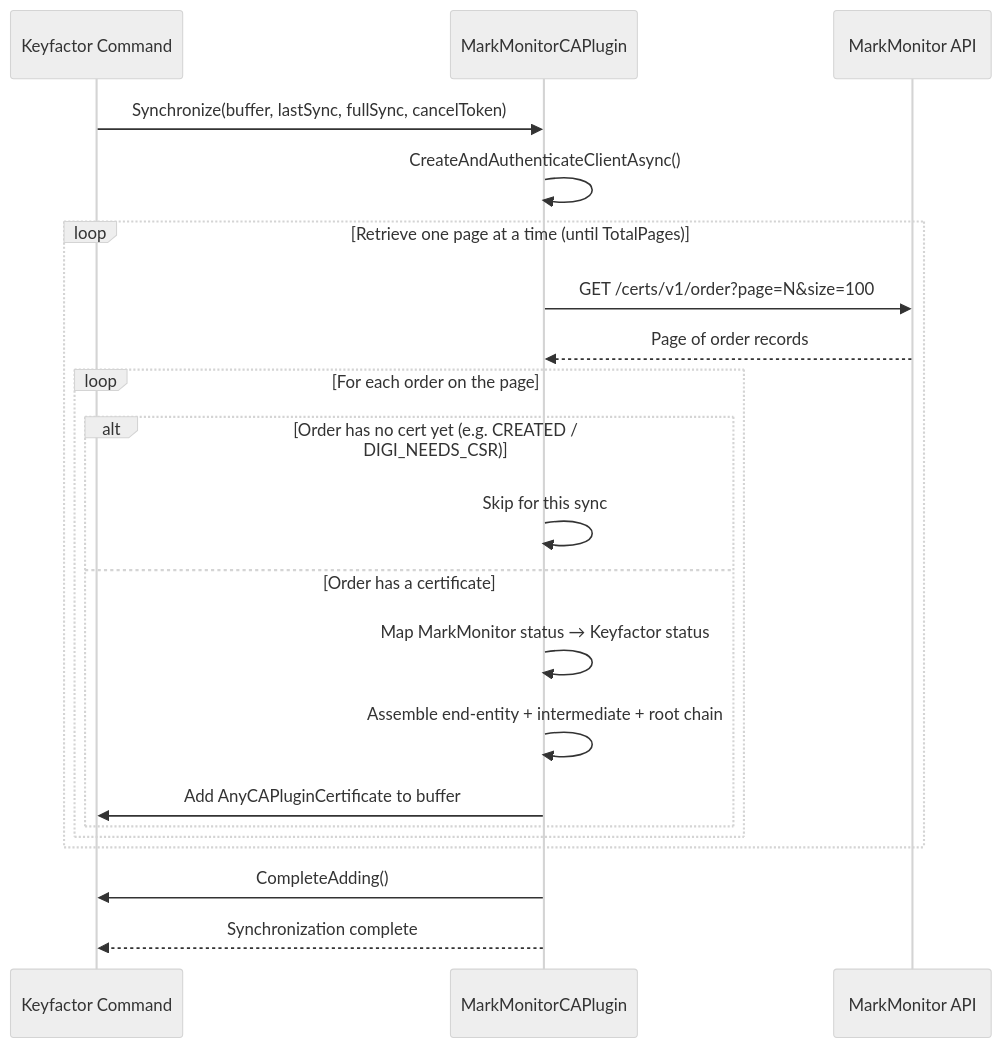
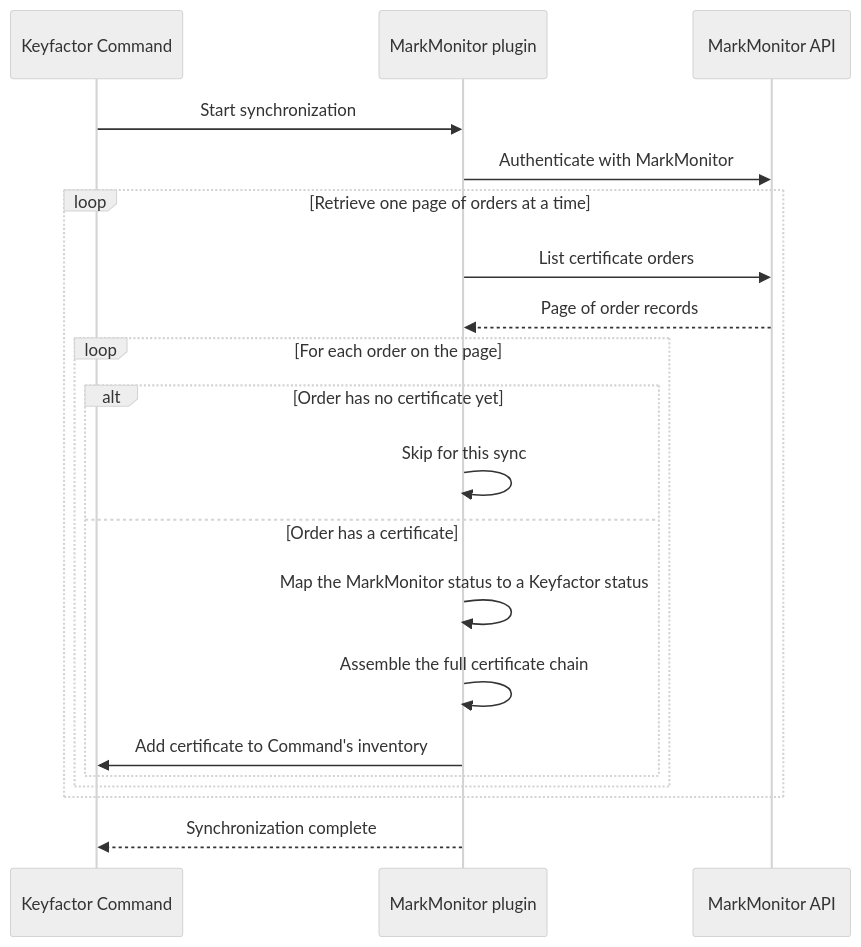
The first of 4 diagrams in README.md (Keyfactor/markmonitor-caplugin), drawn with Mermaid (neutral theme) before and after one commit. The commit also changed other lines of this file and 16 other files, not shown here.

````diff
--- a/README.md
+++ b/README.md
@@ -357,27 +275,26 @@
 ```mermaid
 sequenceDiagram
     participant CMD as Keyfactor Command
-    participant Plugin as MarkMonitorCAPlugin
+    participant Plugin as MarkMonitor plugin
     participant API as MarkMonitor API
 
-    CMD->>Plugin: Synchronize(buffer, lastSync, fullSync, cancelToken)
-    Plugin->>Plugin: CreateAndAuthenticateClientAsync()
+    CMD->>Plugin: Start synchronization
+    Plugin->>API: Authenticate with MarkMonitor
 
-    loop Retrieve one page at a time (until TotalPages)
-        Plugin->>API: GET /certs/v1/order?page=N&size=100
+    loop Retrieve one page of orders at a time
+        Plugin->>API: List certificate orders
         API-->>Plugin: Page of order records
 
         loop For each order on the page
-            alt Order has no cert yet (e.g. CREATED / DIGI_NEEDS_CSR)
+            alt Order has no certificate yet
                 Plugin->>Plugin: Skip for this sync
             else Order has a certificate
-                Plugin->>Plugin: Map MarkMonitor status → Keyfactor status
-                Plugin->>Plugin: Assemble end-entity + intermediate + root chain
-                Plugin->>CMD: Add AnyCAPluginCertificate to buffer
+                Plugin->>Plugin: Map the MarkMonitor status to a Keyfactor status
+                Plugin->>Plugin: Assemble the full certificate chain
+                Plugin->>CMD: Add certificate to Command's inventory
             end
         end
     end
 
-    Plugin->>CMD: CompleteAdding()
     Plugin-->>CMD: Synchronization complete
 ```
````
